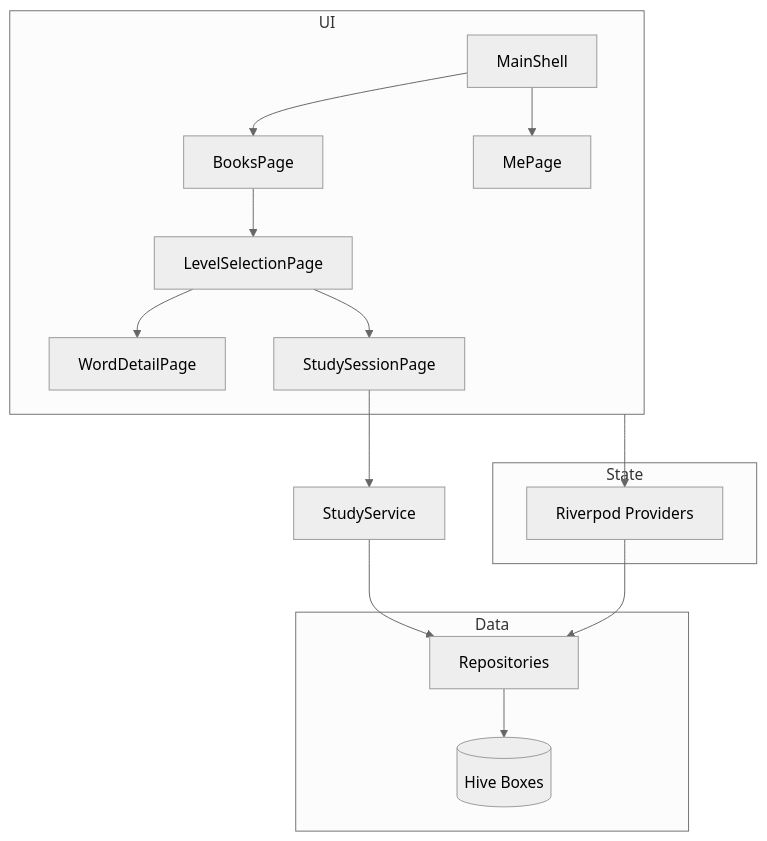
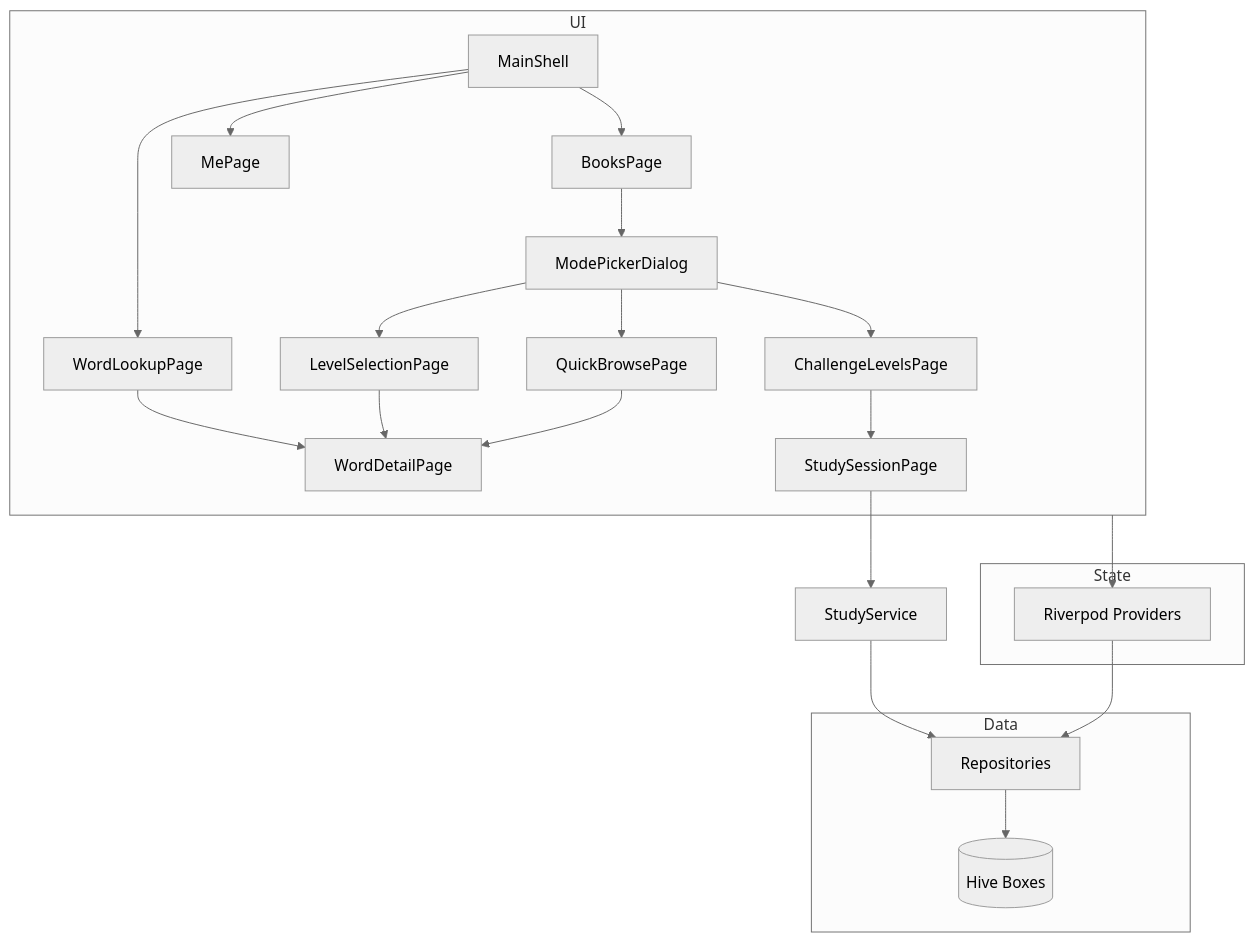
One commit to zz966/vocab_master changed the diagram in Docs/STATUS.md. Above: the diagram before and after it, drawn with Mermaid (neutral theme). The commit also changed other lines of this file and 28 other files, not shown here.

````diff
--- a/Docs/STATUS.md
+++ b/Docs/STATUS.md
@@ -296,28 +326,34 @@
 ```mermaid
 flowchart TB
   subgraph UI
     MS[MainShell]
     BP[BooksPage]
+    MP[ModePickerDialog]
+    QB[QuickBrowsePage]
     LP[LevelSelectionPage]
+    CP[ChallengeLevelsPage]
     WD[WordDetailPage]
     SS[StudySessionPage]
-    MP[MePage]
+    WL[WordLookupPage]
+    Me[MePage]
   end
 
   subgraph State
     RP[Riverpod Providers]
   end
 
   subgraph Data
     REPO[Repositories]
     HIVE[(Hive Boxes)]
   end
 
-  MS --> BP --> LP
-  LP --> WD
-  LP --> SS
-  MS --> MP
+  MS --> BP --> MP
+  MP --> QB --> WD
+  MP --> LP --> WD
+  MP --> CP --> SS
+  MS --> WL --> WD
+  MS --> Me
   UI --> RP --> REPO --> HIVE
   SS --> StudyService
   StudyService --> REPO
 ```
````
